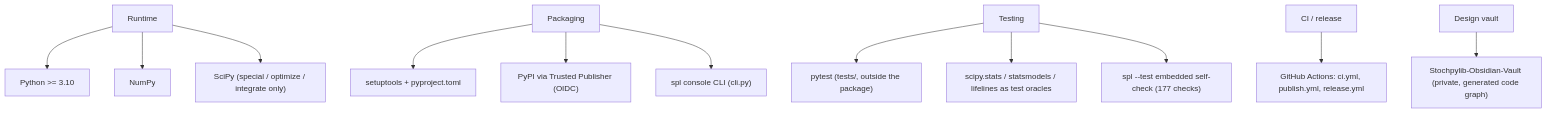
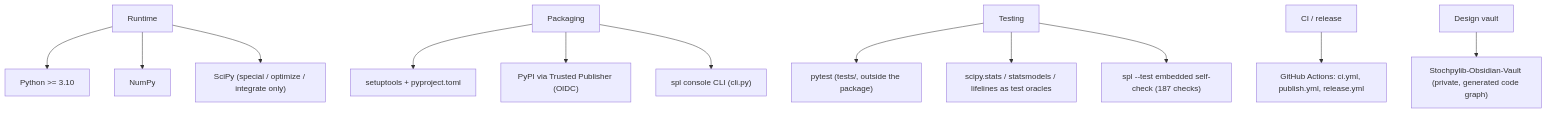
The second of 2 diagrams in README.md (leon1706-lol/Stochpylib), drawn with Mermaid before and after one commit. The commit also changed other lines of this file and 34 other files, not shown here.

````diff
--- a/README.md
+++ b/README.md
@@ -245,14 +257,14 @@
 ```mermaid
 flowchart TB
     A["Runtime"] --> A1["Python >= 3.10"]
     A --> A2["NumPy"]
     A --> A3["SciPy (special / optimize / integrate only)"]
     B["Packaging"] --> B1["setuptools + pyproject.toml"]
     B --> B2["PyPI via Trusted Publisher (OIDC)"]
     B --> B3["spl console CLI (cli.py)"]
     C["Testing"] --> C1["pytest (tests/, outside the package)"]
     C --> C2["scipy.stats / statsmodels / lifelines as test oracles"]
-    C --> C3["spl --test embedded self-check (177 checks)"]
+    C --> C3["spl --test embedded self-check (187 checks)"]
     D["CI / release"] --> D1["GitHub Actions: ci.yml, publish.yml, release.yml"]
     E["Design vault"] --> E1["Stochpylib-Obsidian-Vault (private, generated code graph)"]
 ```
````
